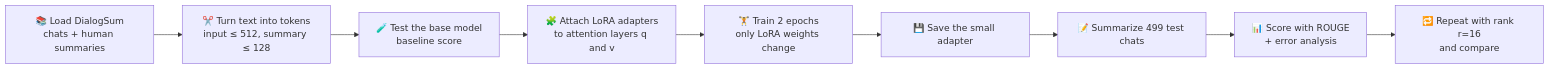
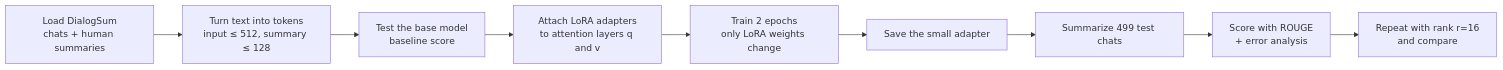
One commit to samruddhichitnis02/dialogsum-lora-finetuning changed the diagram in README.md. Above: the diagram before and after it, drawn with Mermaid. The commit also changed other lines of this file, not shown here.

Commit message:
Improve README with demo GIF, charts and simpler explanations; fill requirements.txt

````diff
--- a/README.md
+++ b/README.md
@@ -55,11 +55,11 @@
 ```mermaid
 flowchart LR
-    A[📚 Load DialogSum<br/>chats + human summaries] --> B[✂️ Turn text into tokens<br/>input ≤ 512, summary ≤ 128]
-    B --> C[🧪 Test the base model<br/>baseline score]
-    C --> D[🧩 Attach LoRA adapters<br/>to attention layers q and v]
-    D --> E[🏋️ Train 2 epochs<br/>only LoRA weights change]
-    E --> F[💾 Save the small adapter]
-    F --> G[📝 Summarize 499 test chats]
-    G --> H[📊 Score with ROUGE<br/>+ error analysis]
-    H --> I[🔁 Repeat with rank r=16<br/>and compare]
+    A[Load DialogSum<br/>chats + human summaries] --> B[Turn text into tokens<br/>input ≤ 512, summary ≤ 128]
+    B --> C[Test the base model<br/>baseline score]
+    C --> D[Attach LoRA adapters<br/>to attention layers q and v]
+    D --> E[Train 2 epochs<br/>only LoRA weights change]
+    E --> F[Save the small adapter]
+    F --> G[Summarize 499 test chats]
+    G --> H[Score with ROUGE<br/>+ error analysis]
+    H --> I[Repeat with rank r=16<br/>and compare]
 ```
````
